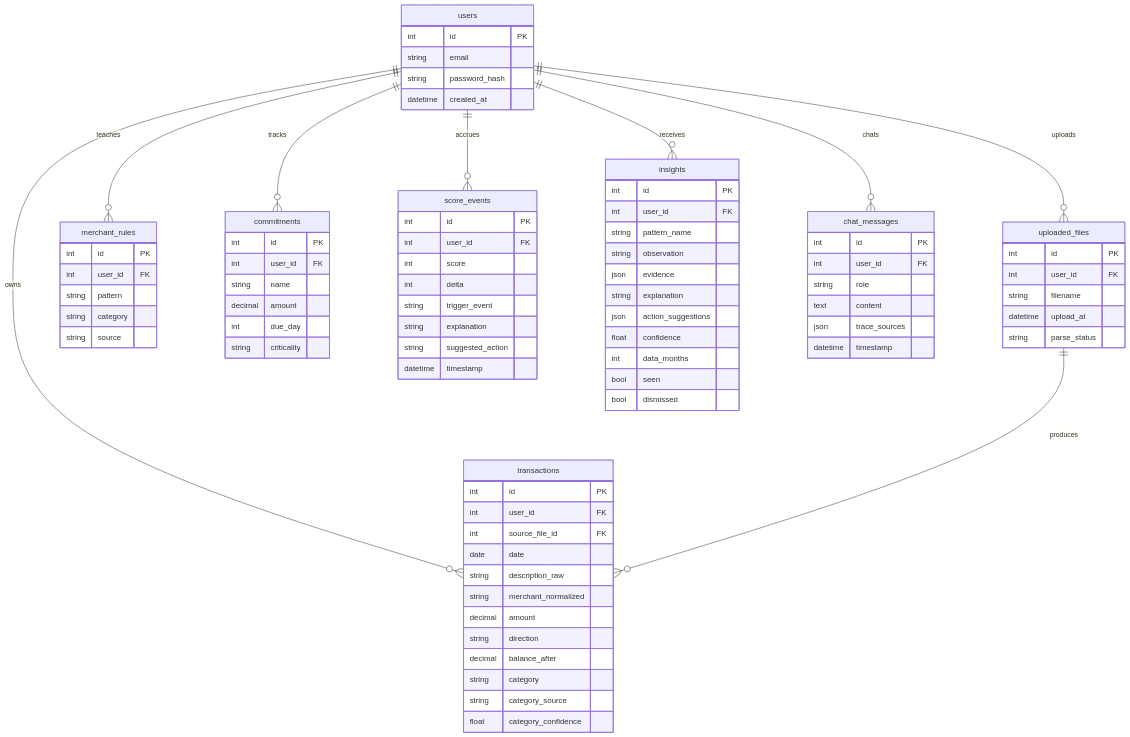
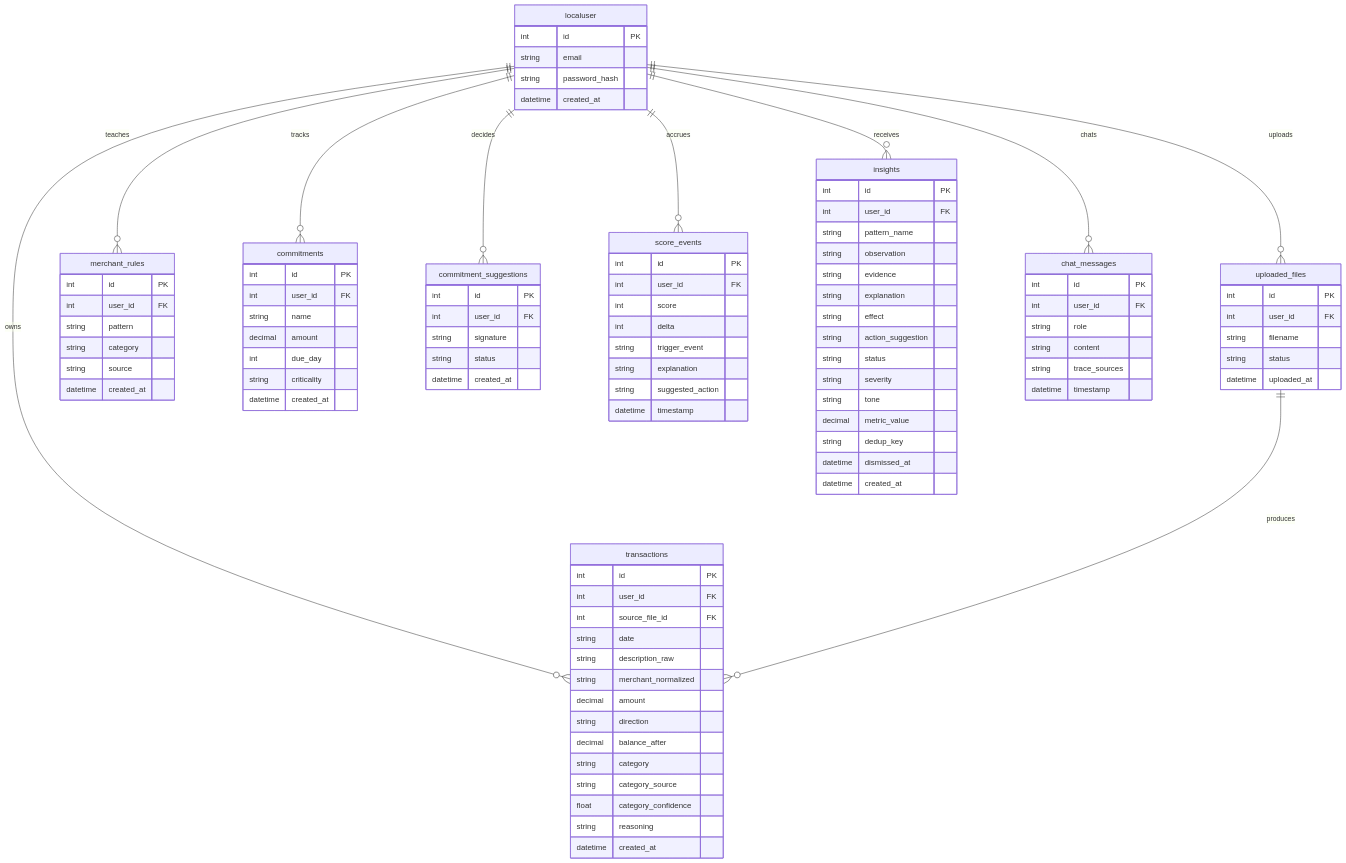
The sixth of 10 diagrams in docs/diagrams.md (panchadir/AI-Powered-Personal-Finance-Analyzer), drawn with Mermaid before and after one commit. The commit also changed other lines of this file and 2 other files, not shown here.

Commit message:
confidenc and flowcharts changes

````diff
--- a/docs/diagrams.md
+++ b/docs/diagrams.md
@@ -280,6 +296,6 @@
 ```mermaid
 erDiagram
-    users {
+    localuser {
         int id PK
         string email
         string password_hash
@@ -290,15 +306,15 @@
         int id PK
         int user_id FK
         string filename
-        datetime upload_at
-        string parse_status
+        string status
+        datetime uploaded_at
     }
 
     transactions {
         int id PK
         int user_id FK
         int source_file_id FK
-        date date
+        string date
         string description_raw
         string merchant_normalized
         decimal amount
@@ -307,6 +323,8 @@
         string category
         string category_source
         float category_confidence
+        string reasoning
+        datetime created_at
     }
 
     merchant_rules {
@@ -315,6 +333,7 @@
         string pattern
         string category
         string source
+        datetime created_at
     }
 
     commitments {
@@ -324,6 +343,15 @@
         decimal amount
         int due_day
         string criticality
+        datetime created_at
+    }
+
+    commitment_suggestions {
+        int id PK
+        int user_id FK
+        string signature
+        string status
+        datetime created_at
     }
 
     score_events {
@@ -342,30 +370,35 @@
         int user_id FK
         string pattern_name
         string observation
-        json evidence
+        string evidence
         string explanation
-        json action_suggestions
-        float confidence
-        int data_months
-        bool seen
-        bool dismissed
+        string effect
+        string action_suggestion
+        string status
+        string severity
+        string tone
+        decimal metric_value
+        string dedup_key
+        datetime dismissed_at
+        datetime created_at
     }
 
     chat_messages {
         int id PK
         int user_id FK
         string role
-        text content
-        json trace_sources
+        string content
+        string trace_sources
         datetime timestamp
     }
 
-    users ||--o{ uploaded_files : "uploads"
-    users ||--o{ transactions : "owns"
-    users ||--o{ merchant_rules : "teaches"
-    users ||--o{ commitments : "tracks"
-    users ||--o{ score_events : "accrues"
-    users ||--o{ insights : "receives"
-    users ||--o{ chat_messages : "chats"
+    localuser ||--o{ uploaded_files : "uploads"
+    localuser ||--o{ transactions : "owns"
+    localuser ||--o{ merchant_rules : "teaches"
+    localuser ||--o{ commitments : "tracks"
+    localuser ||--o{ commitment_suggestions : "decides"
+    localuser ||--o{ score_events : "accrues"
+    localuser ||--o{ insights : "receives"
+    localuser ||--o{ chat_messages : "chats"
     uploaded_files ||--o{ transactions : "produces"
 ```
````
